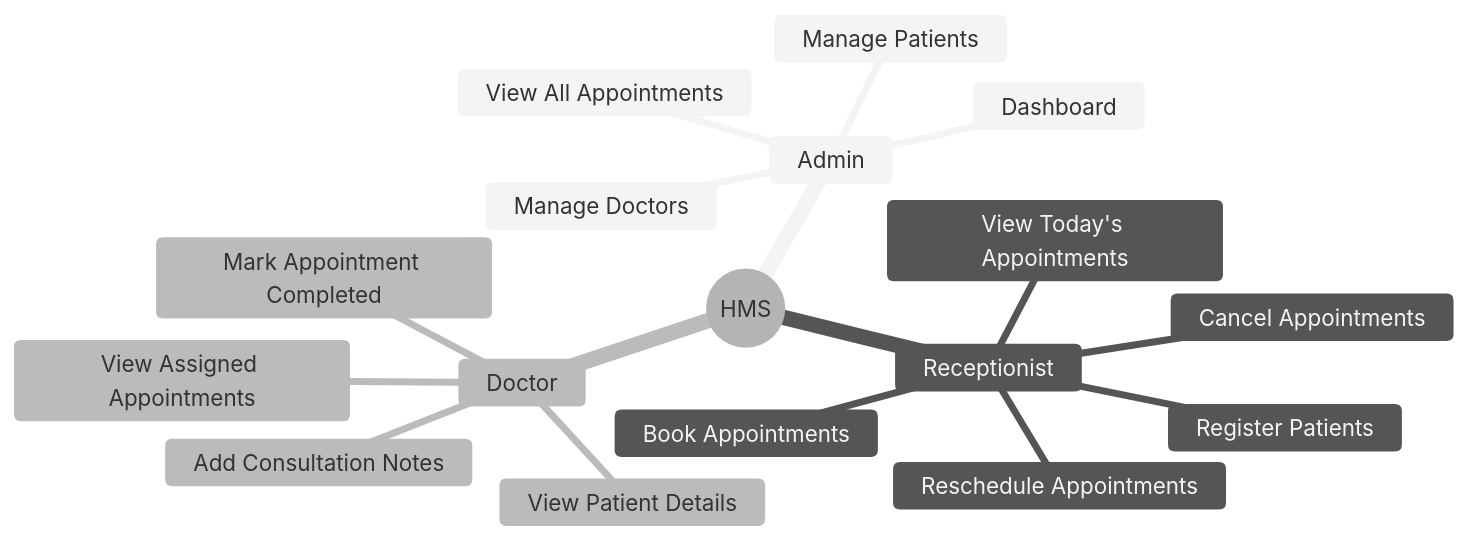
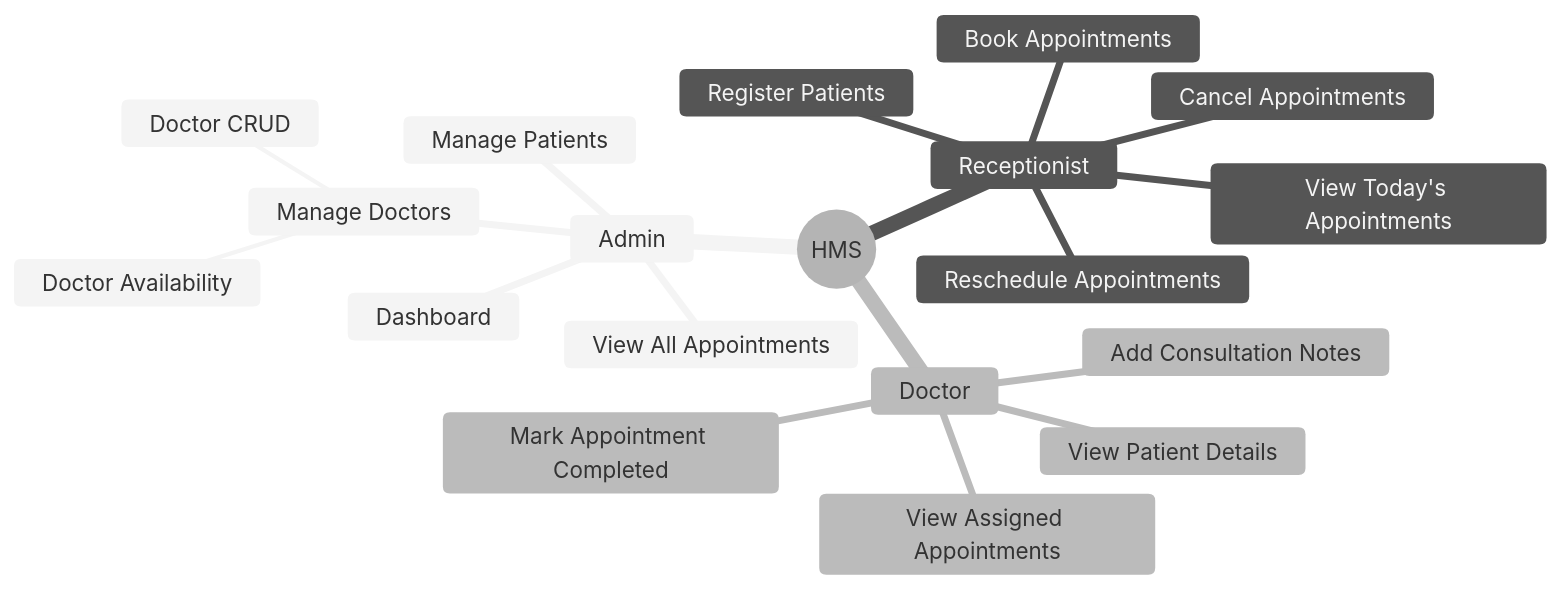
Before and after one commit to AmbyHasan/HMS: the first of 10 diagrams in docs/01-Architecure-Design.md, drawn with Mermaid (neutral theme).

Commit message:
Fix admin mindmap in doc one

````diff
--- a/docs/01-Architecure-Design.md
+++ b/docs/01-Architecure-Design.md
@@ -34,20 +34,22 @@
 ```mermaid
 mindmap
   root((HMS))
     Admin
       Manage Doctors
+        Doctor CRUD
+        Doctor Availability
       Manage Patients
       View All Appointments
       Dashboard
     Receptionist
       Register Patients
       Book Appointments
       Reschedule Appointments
       Cancel Appointments
       View Today's Appointments
     Doctor
       View Assigned Appointments
       View Patient Details
       Add Consultation Notes
       Mark Appointment Completed
 ```
````
